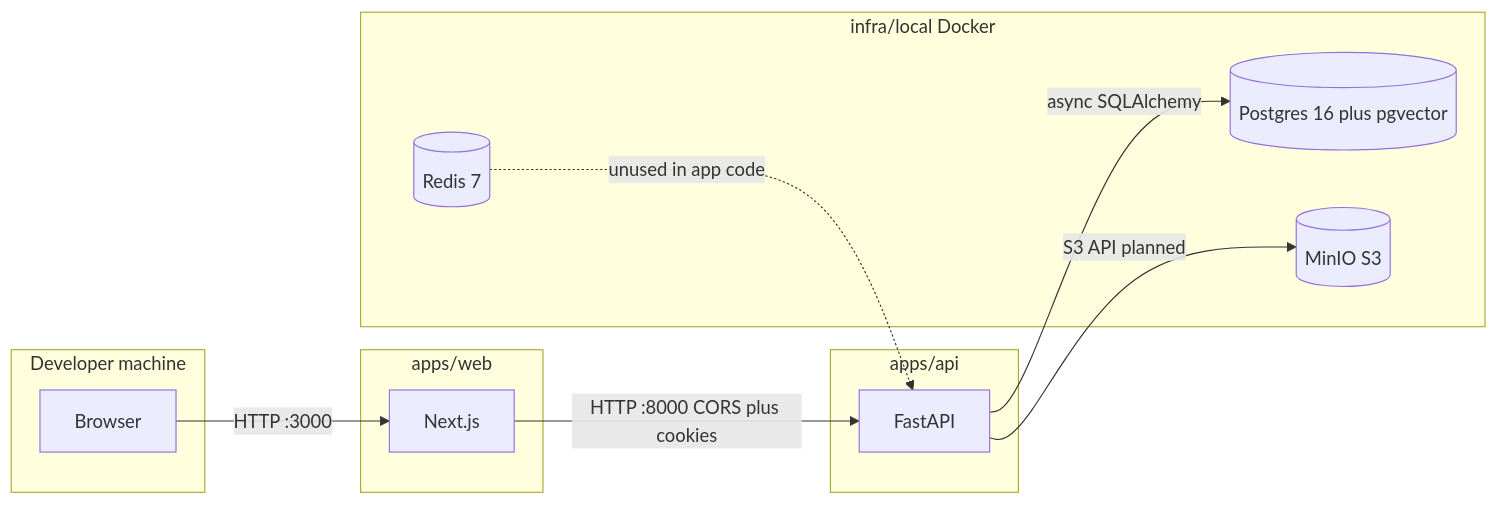
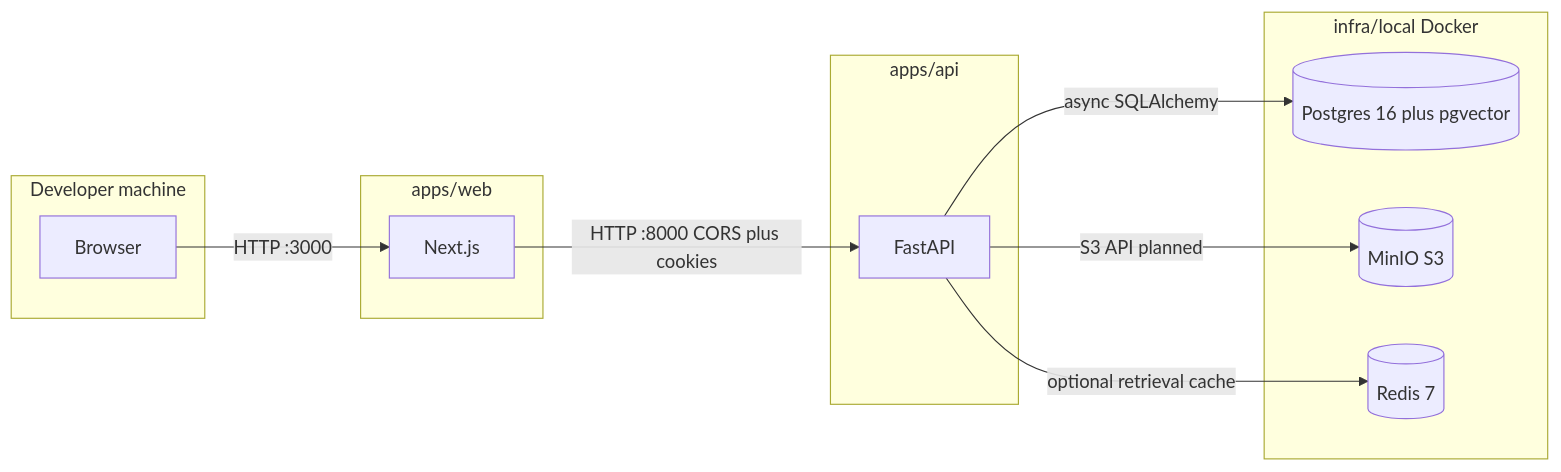
The third of 6 diagrams in DATA_FLOW.md (protektiq/wellfounded), drawn with Mermaid before and after one commit. The commit also changed other lines of this file and 98 other files, not shown here.

````diff
--- a/DATA_FLOW.md
+++ b/DATA_FLOW.md
@@ -43,23 +43,23 @@
 ```mermaid
 flowchart LR
   subgraph client [Developer machine]
     Browser[Browser]
   end
   subgraph web [apps/web]
     Next[Next.js]
   end
   subgraph api [apps/api]
     FastAPI[FastAPI]
   end
   subgraph infra [infra/local Docker]
     Postgres[(Postgres 16 plus pgvector)]
     MinIO[(MinIO S3)]
     Redis[(Redis 7)]
   end
 
   Browser -->|HTTP :3000| Next
   Next -->|HTTP :8000 CORS plus cookies| FastAPI
   FastAPI -->|async SQLAlchemy| Postgres
   FastAPI -->|S3 API planned| MinIO
-  Redis -.->|unused in app code| FastAPI
+  FastAPI -->|optional retrieval cache| Redis
 ```
````
